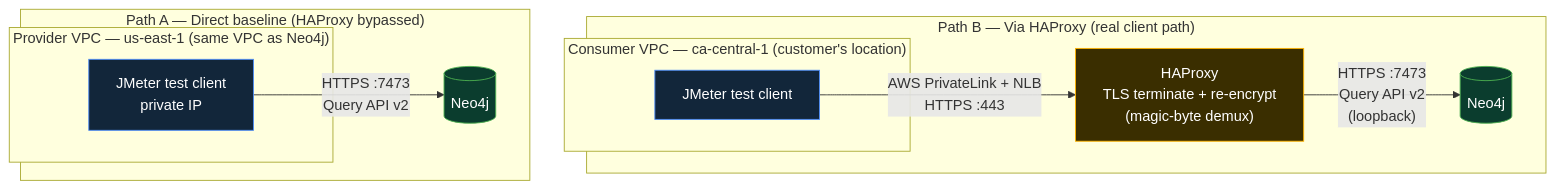
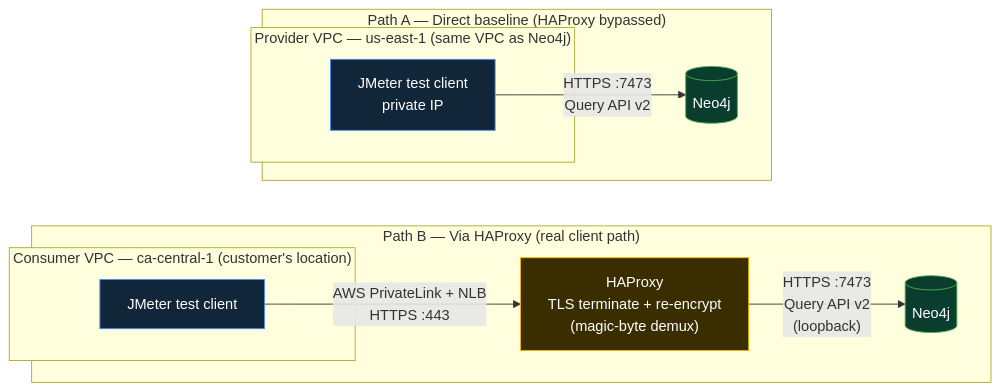
Before and after one commit to neo4j-field/neo4j-aws-privatelink-443: the diagram in performance-testing/README.md, drawn with Mermaid. The commit also changed other lines of this file, not shown here.

Commit message:
Stack Path A / Path B diagram vertically instead of side by side
Side-by-side (flowchart LR + invisible link) rendered each path too
narrow to read without zooming on GitHub. Switched to flowchart TB
with the same invisible link forcing vertical stacking -- each path
now renders full-width, one per row.

````diff
--- a/performance-testing/README.md
+++ b/performance-testing/README.md
@@ -19,27 +19,27 @@
 ```mermaid
-flowchart LR
+flowchart TB
     subgraph PathA["Path A — Direct baseline (HAProxy bypassed)"]
         direction LR
         subgraph PathA_Loc["Provider VPC — us-east-1 (same VPC as Neo4j)"]
             C1["JMeter test client<br/>private IP"]
         end
         C1 -->|"HTTPS :7473<br/>Query API v2"| N1[("Neo4j")]
     end
 
     subgraph PathB["Path B — Via HAProxy (real client path)"]
         direction LR
         subgraph PathB_Loc["Consumer VPC — ca-central-1 (customer's location)"]
             C2["JMeter test client"]
         end
         C2 -->|"AWS PrivateLink + NLB<br/>HTTPS :443"| H["HAProxy<br/>TLS terminate + re-encrypt<br/>(magic-byte demux)"]
         H -->|"HTTPS :7473<br/>Query API v2<br/>(loopback)"| N2[("Neo4j")]
     end
 
     PathA ~~~ PathB
 
     style N1 fill:#0B3D2E,stroke:#4CAF50,color:#fff
     style N2 fill:#0B3D2E,stroke:#4CAF50,color:#fff
     style H fill:#3A2E00,stroke:#FFB300,color:#fff
     style C1 fill:#12263A,stroke:#4C8BF5,color:#fff
     style C2 fill:#12263A,stroke:#4C8BF5,color:#fff
 ```
````
